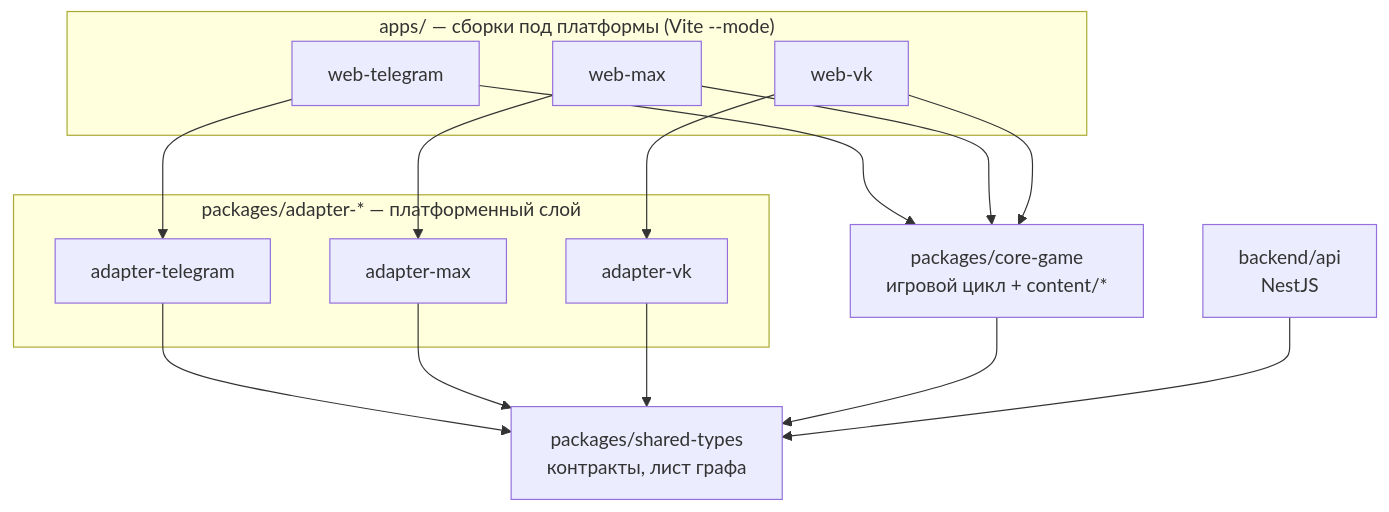
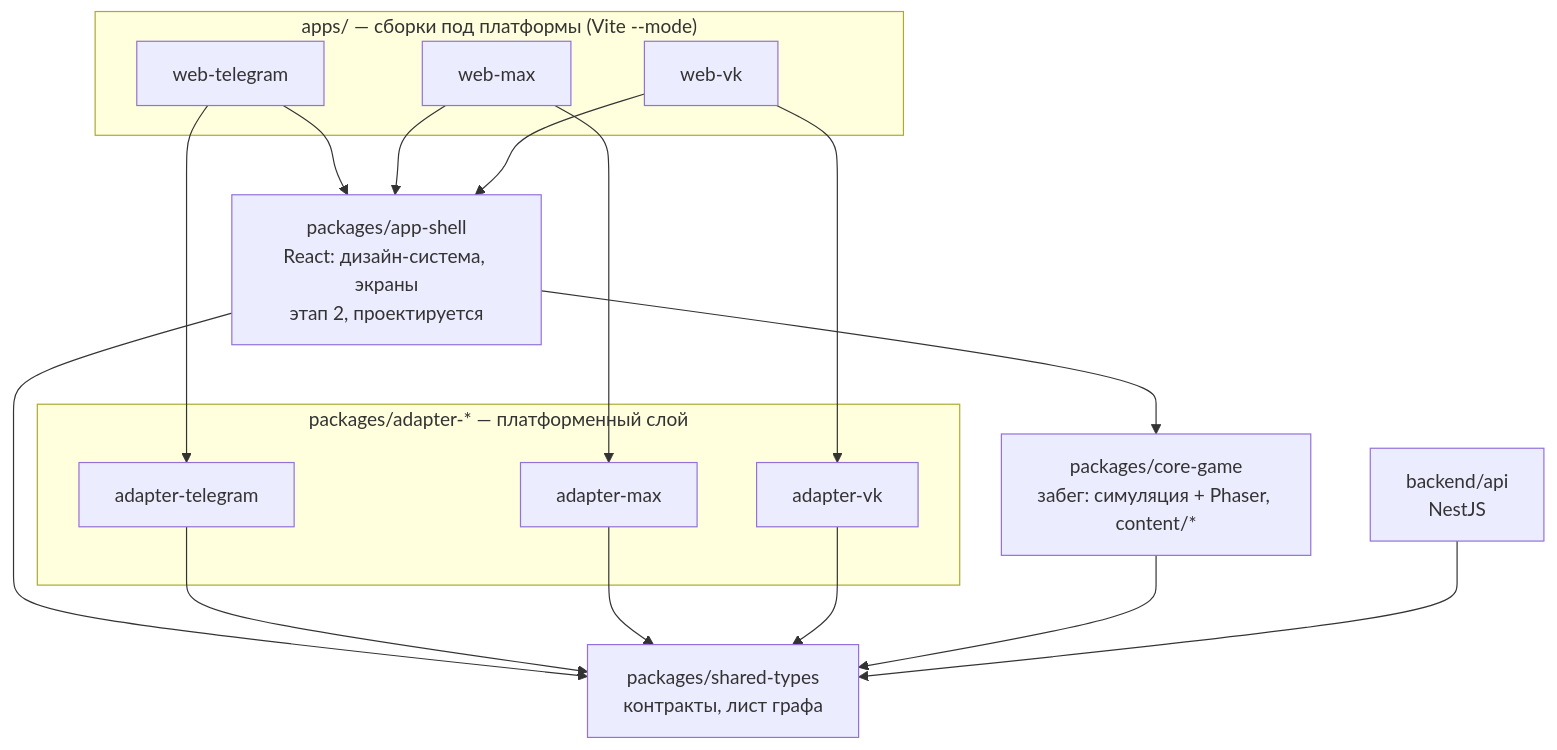
One commit to JJSGxKD/rubezh changed the fifth of 17 diagrams in docs/21-diagrams.md. Above: the diagram before and after it, drawn with Mermaid. The commit also changed other lines of this file and 19 other files, not shown here.

````diff
--- a/docs/21-diagrams.md
+++ b/docs/21-diagrams.md
@@ -297,31 +348,34 @@
 ```mermaid
 flowchart TD
     subgraph apps["apps/ — сборки под платформы (Vite --mode)"]
         WT["web-telegram"]
         WM["web-max"]
         WV["web-vk"]
     end
 
     subgraph adapters["packages/adapter-* — платформенный слой"]
         AT["adapter-telegram"]
         AM["adapter-max"]
         AV["adapter-vk"]
     end
 
-    CG["packages/core-game<br/>игровой цикл + content/*"]
+    SH["packages/app-shell<br/>React: дизайн-система, экраны<br/>этап 2, проектируется"]
+    CG["packages/core-game<br/>забег: симуляция + Phaser, content/*"]
     ST["packages/shared-types<br/>контракты, лист графа"]
     API["backend/api<br/>NestJS"]
 
-    WT --> CG
+    WT --> SH
     WT --> AT
-    WM --> CG
+    WM --> SH
     WM --> AM
-    WV --> CG
+    WV --> SH
     WV --> AV
 
+    SH --> CG
+    SH --> ST
     AT --> ST
     AM --> ST
     AV --> ST
     CG --> ST
     API --> ST
 ```
````
